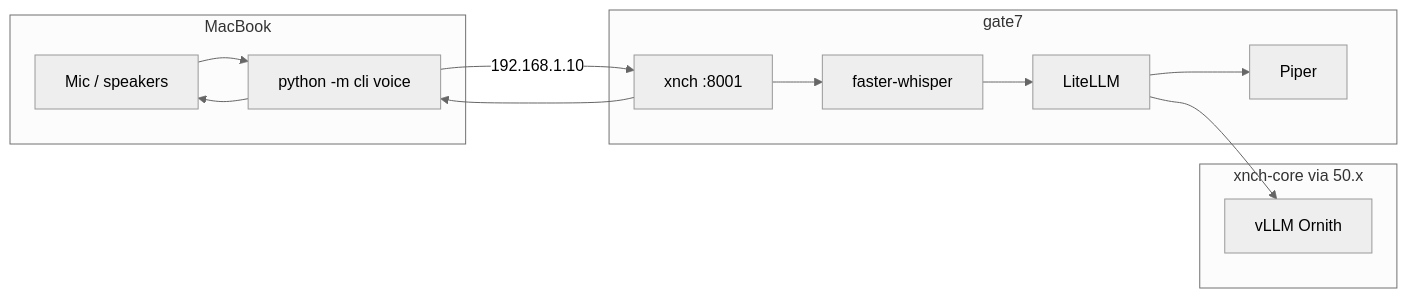
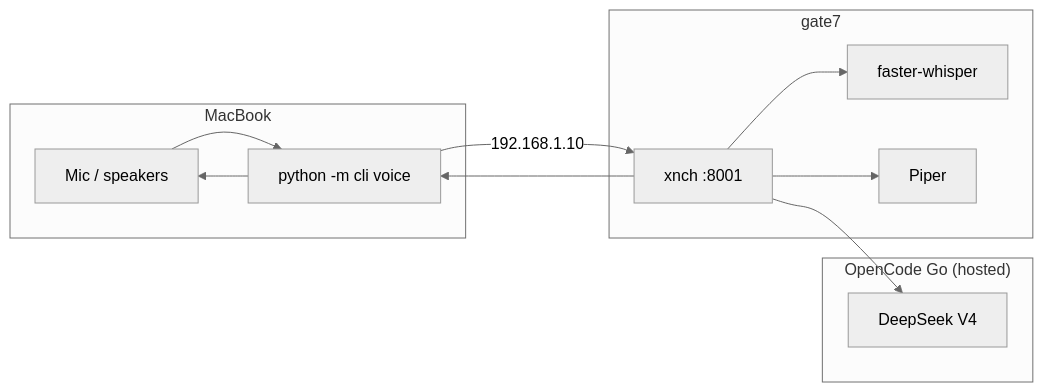
Before and after one commit to x-nch/xnchSystems: the second of 2 diagrams in docs/guides/nexi-voice-mac-client.md, drawn with Mermaid (neutral theme). The commit also changed other lines of this file and 16 other files, not shown here.

````diff
--- a/docs/guides/nexi-voice-mac-client.md
+++ b/docs/guides/nexi-voice-mac-client.md
@@ -45,21 +45,21 @@
 ```mermaid
 flowchart LR
     subgraph Mac["MacBook"]
         MIC[Mic / speakers]
         CLI["python -m cli voice"]
     end
     subgraph Gate7["gate7"]
         API["xnch :8001"]
         STT[faster-whisper]
         TTS[Piper]
-        LLM[LiteLLM]
     end
-    subgraph Core["xnch-core via 50.x"]
-        VLLM[vLLM Ornith]
+    subgraph Hosted["OpenCode Go (hosted)"]
+        LLM[DeepSeek V4]
     end
     MIC --> CLI
     CLI -->|"192.168.1.10"| API
-    API --> STT --> LLM --> TTS
-    LLM --> VLLM
+    API --> STT
+    API --> LLM
+    API --> TTS
     API --> CLI --> MIC
 ```
````
